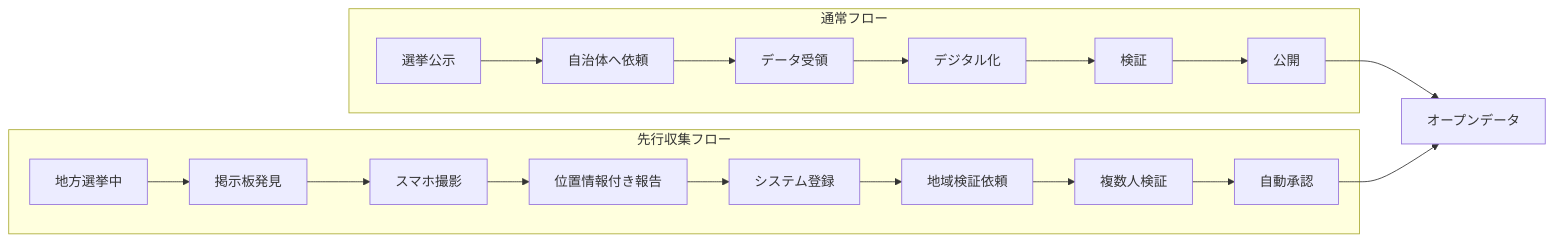
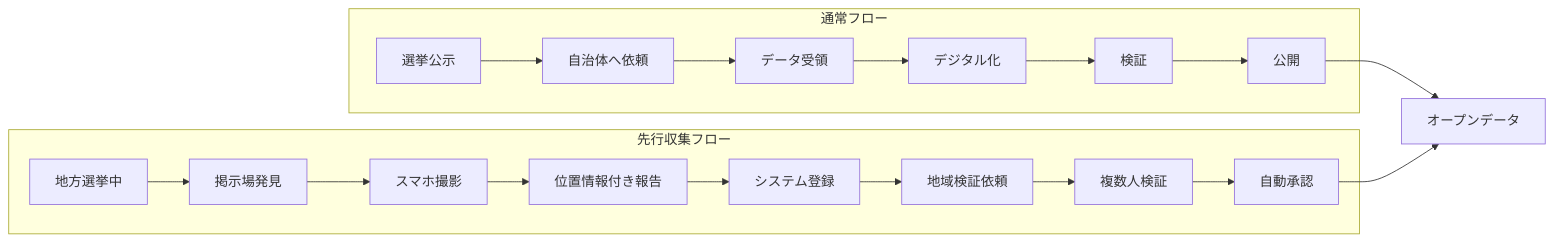
The sixth of 8 diagrams in docs/docs/requirements/project-overview.md (team-mirai-volunteer/polister), drawn with Mermaid before and after one commit. The commit also changed other lines of this file and 87 other files, not shown here.

````diff
--- a/docs/docs/requirements/project-overview.md
+++ b/docs/docs/requirements/project-overview.md
@@ -476,23 +476,23 @@
 ```mermaid
 flowchart LR
     subgraph "通常フロー"
         N1[選挙公示] --> N2[自治体へ依頼]
         N2 --> N3[データ受領]
         N3 --> N4[デジタル化]
         N4 --> N5[検証]
         N5 --> N6[公開]
     end
 
     subgraph "先行収集フロー"
-        P1[地方選挙中] --> P2[掲示板発見]
+        P1[地方選挙中] --> P2[掲示場発見]
         P2 --> P3[スマホ撮影]
         P3 --> P4[位置情報付き報告]
         P4 --> P5[システム登録]
         P5 --> P6[地域検証依頼]
         P6 --> P7[複数人検証]
         P7 --> P8[自動承認]
     end
 
     N6 --> Final[オープンデータ]
     P8 --> Final
 ```
````
